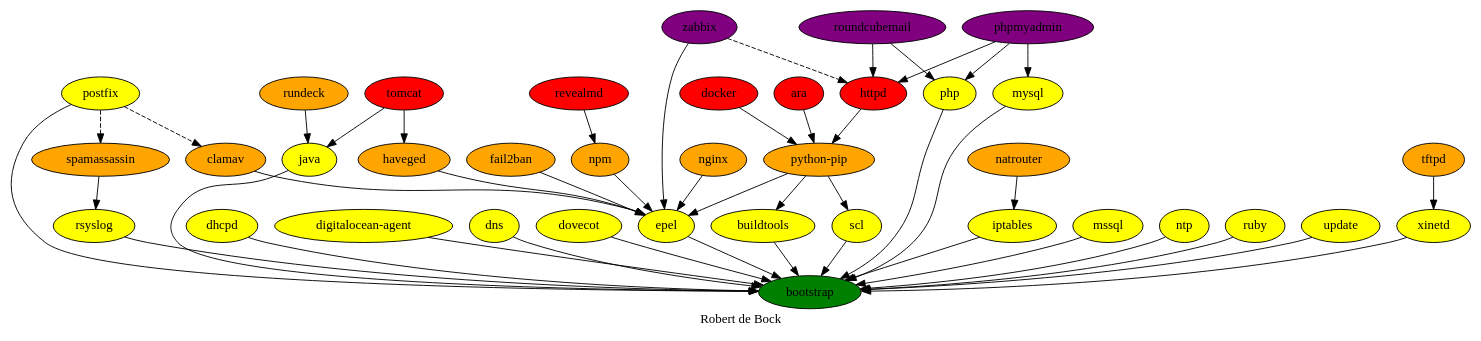
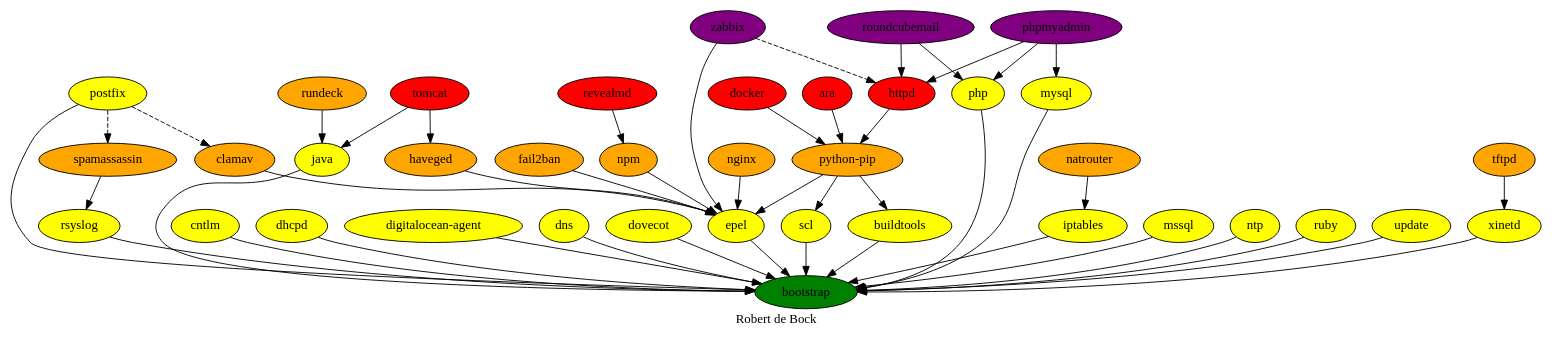
The diagram in dependencies.dot (robertdebock/robertdebock.github.io), drawn with Graphviz before and after one commit. The commit also changed 2 other files, not shown here.

Commit message:
Adding cntlm.

```diff
--- a/dependencies.dot
+++ b/dependencies.dot
@@ -1,56 +1,57 @@
 digraph hierarchy {
   label = "Robert de Bock" ;
   {
     ara [fillcolor=red style=filled]
     bootstrap [fillcolor=green style=filled]
     buildtools [fillcolor=yellow style=filled]
     clamav [fillcolor=orange style=filled]
+    cntlm [fillcolor=yellow style=filled]
     dhcpd [fillcolor=yellow style=filled]
     "digitalocean-agent" [fillcolor=yellow style=filled]
     dns [fillcolor=yellow style=filled]
     docker [fillcolor=red style=filled]
     dovecot [fillcolor=yellow style=filled]
     epel [fillcolor=yellow style=filled]
     fail2ban [fillcolor=orange style=filled]
     haveged [fillcolor=orange style=filled]
     httpd [fillcolor=red style=filled]
     iptables [fillcolor=yellow style=filled]
     java [fillcolor=yellow style=filled]
     mssql [fillcolor=yellow style=filled]
     mysql [fillcolor=yellow style=filled]
     natrouter [fillcolor=orange style=filled]
     nginx [fillcolor=orange style=filled]
     npm [fillcolor=orange style=filled]
     ntp [fillcolor=yellow style=filled]
     php [fillcolor=yellow style=filled]
     phpmyadmin [fillcolor=purple style=filled]
     postfix [fillcolor=yellow style=filled]
     "python-pip" [fillcolor=orange style=filled]
     revealmd [fillcolor=red style=filled]
     roundcubemail [fillcolor=purple style=filled]
     rsyslog [fillcolor=yellow style=filled]
     ruby [fillcolor=yellow style=filled]
     rundeck [fillcolor=orange style=filled]
     scl [fillcolor=yellow style=filled]
     spamassassin [fillcolor=orange style=filled]
     tftpd [fillcolor=orange style=filled]
     tomcat [fillcolor=red style=filled]
     update [fillcolor=yellow style=filled]
     xinetd [fillcolor=yellow style=filled]
     zabbix [fillcolor=purple style=filled]
   }
-  {buildtools dhcpd "digitalocean-agent" dns dovecot epel iptables java mysql mssql ntp php postfix rsyslog ruby scl update xinetd} -> bootstrap
+  {buildtools cntlm dhcpd "digitalocean-agent" dns dovecot epel iptables java mysql mssql ntp php postfix rsyslog ruby scl update xinetd} -> bootstrap
   {clamav fail2ban haveged nginx npm "python-pip" zabbix} -> epel
   postfix -> {spamassassin clamav} [style=dashed]
   {ara docker httpd} -> "python-pip"
   revealmd -> npm
   natrouter -> iptables
   tftpd -> xinetd 
   phpmyadmin -> {php httpd mysql}
   roundcubemail -> {php httpd}
   zabbix -> httpd [style=dashed]
   "python-pip" -> {buildtools scl}
   {rundeck tomcat} -> java
   tomcat -> haveged
   spamassassin -> rsyslog
 }
```
